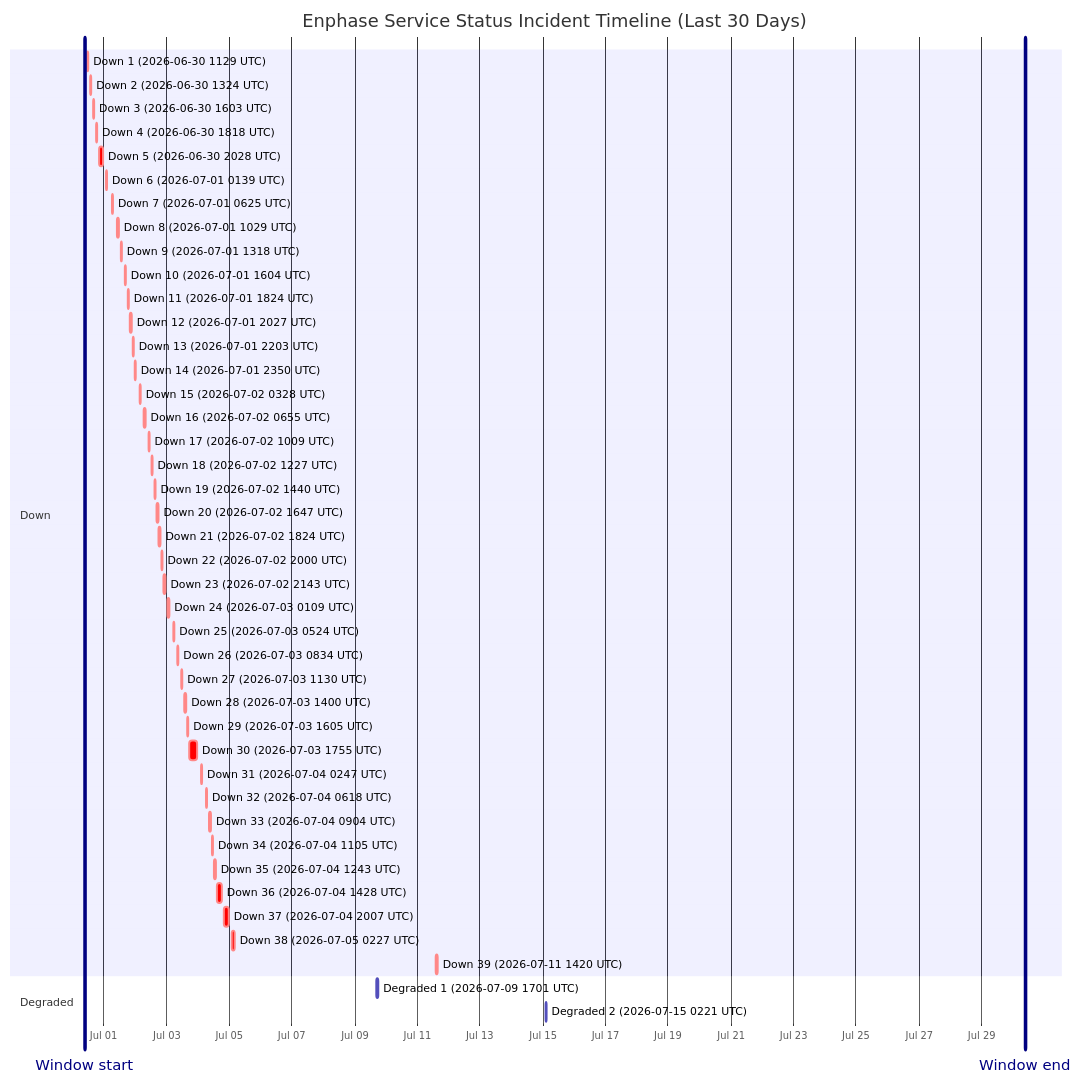
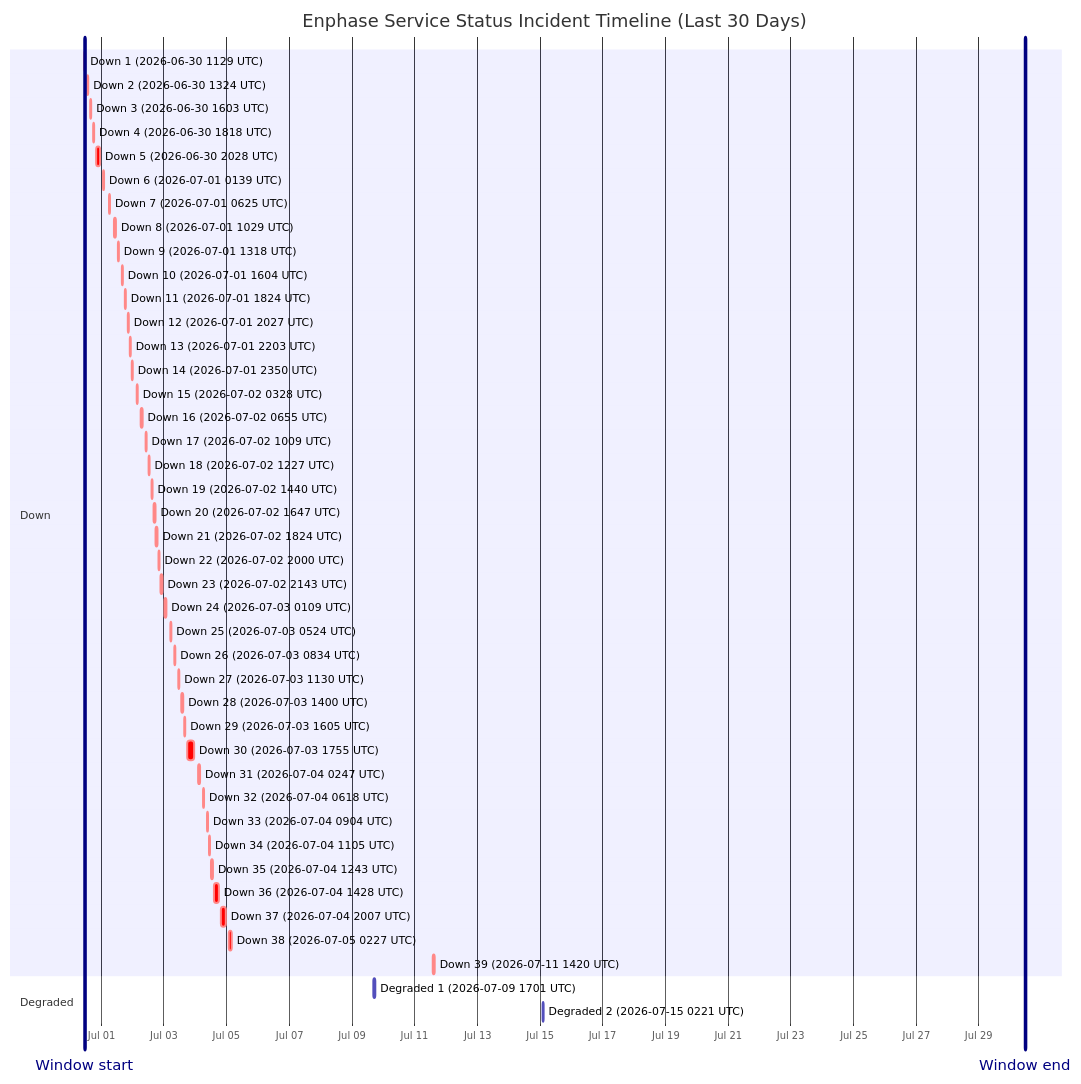
The diagram in wiki/Service-Status-History.md (barneyonline/ha-enphase-energy), drawn with Mermaid before and after one commit. The commit also changed other lines of this file and 3 other files, not shown here.

````diff
--- a/wiki/Service-Status-History.md
+++ b/wiki/Service-Status-History.md
@@ -14,51 +14,51 @@
 ```mermaid
 gantt
     title Enphase Service Status Incident Timeline (Last 30 Days)
     dateFormat  YYYY-MM-DDTHH:mm:ss
     axisFormat  %b %d
-    Window start :vert, window-start, 2026-06-30T09:13:27, 0ms
-    Window end :vert, window-end, 2026-07-30T09:13:27, 0ms
+    Window start :vert, window-start, 2026-06-30T11:28:09, 0ms
+    Window end :vert, window-end, 2026-07-30T11:28:09, 0ms
     section Down
     Down 1 (2026-06-30 1129 UTC) :crit, down-1, 2026-06-30T11:29:15, 60m
     Down 2 (2026-06-30 1324 UTC) :crit, down-2, 2026-06-30T13:24:25, 60m
     Down 3 (2026-06-30 1603 UTC) :crit, down-3, 2026-06-30T16:03:26, 60m
     Down 4 (2026-06-30 1818 UTC) :crit, down-4, 2026-06-30T18:18:39, 60m
     Down 5 (2026-06-30 2028 UTC) :crit, down-5, 2026-06-30T20:28:54, 171m
     Down 6 (2026-07-01 0139 UTC) :crit, down-6, 2026-07-01T01:39:18, 60m
     Down 7 (2026-07-01 0625 UTC) :crit, down-7, 2026-07-01T06:25:35, 60m
     Down 8 (2026-07-01 1029 UTC) :crit, down-8, 2026-07-01T10:29:24, 60m
     Down 9 (2026-07-01 1318 UTC) :crit, down-9, 2026-07-01T13:18:31, 60m
     Down 10 (2026-07-01 1604 UTC) :crit, down-10, 2026-07-01T16:04:29, 60m
     Down 11 (2026-07-01 1824 UTC) :crit, down-11, 2026-07-01T18:24:21, 60m
     Down 12 (2026-07-01 2027 UTC) :crit, down-12, 2026-07-01T20:27:17, 60m
     Down 13 (2026-07-01 2203 UTC) :crit, down-13, 2026-07-01T22:03:46, 60m
     Down 14 (2026-07-01 2350 UTC) :crit, down-14, 2026-07-01T23:50:52, 60m
     Down 15 (2026-07-02 0328 UTC) :crit, down-15, 2026-07-02T03:28:33, 60m
     Down 16 (2026-07-02 0655 UTC) :crit, down-16, 2026-07-02T06:55:07, 60m
     Down 17 (2026-07-02 1009 UTC) :crit, down-17, 2026-07-02T10:09:15, 60m
     Down 18 (2026-07-02 1227 UTC) :crit, down-18, 2026-07-02T12:27:49, 60m
     Down 19 (2026-07-02 1440 UTC) :crit, down-19, 2026-07-02T14:40:53, 60m
     Down 20 (2026-07-02 1647 UTC) :crit, down-20, 2026-07-02T16:47:47, 60m
     Down 21 (2026-07-02 1824 UTC) :crit, down-21, 2026-07-02T18:24:26, 60m
     Down 22 (2026-07-02 2000 UTC) :crit, down-22, 2026-07-02T20:00:57, 60m
     Down 23 (2026-07-02 2143 UTC) :crit, down-23, 2026-07-02T21:43:52, 80m
     Down 24 (2026-07-03 0109 UTC) :crit, down-24, 2026-07-03T01:09:19, 60m
     Down 25 (2026-07-03 0524 UTC) :crit, down-25, 2026-07-03T05:24:23, 60m
     Down 26 (2026-07-03 0834 UTC) :crit, down-26, 2026-07-03T08:34:05, 60m
     Down 27 (2026-07-03 1130 UTC) :crit, down-27, 2026-07-03T11:30:41, 60m
     Down 28 (2026-07-03 1400 UTC) :crit, down-28, 2026-07-03T14:00:48, 60m
     Down 29 (2026-07-03 1605 UTC) :crit, down-29, 2026-07-03T16:05:49, 60m
     Down 30 (2026-07-03 1755 UTC) :crit, down-30, 2026-07-03T17:55:54, 338m
     Down 31 (2026-07-04 0247 UTC) :crit, down-31, 2026-07-04T02:47:22, 60m
     Down 32 (2026-07-04 0618 UTC) :crit, down-32, 2026-07-04T06:18:09, 60m
     Down 33 (2026-07-04 0904 UTC) :crit, down-33, 2026-07-04T09:04:41, 60m
     Down 34 (2026-07-04 1105 UTC) :crit, down-34, 2026-07-04T11:05:21, 60m
     Down 35 (2026-07-04 1243 UTC) :crit, down-35, 2026-07-04T12:43:25, 60m
     Down 36 (2026-07-04 1428 UTC) :crit, down-36, 2026-07-04T14:28:07, 243m
     Down 37 (2026-07-04 2007 UTC) :crit, down-37, 2026-07-04T20:07:50, 206m
     Down 38 (2026-07-05 0227 UTC) :crit, down-38, 2026-07-05T02:27:32, 109m
     Down 39 (2026-07-11 1420 UTC) :crit, down-39, 2026-07-11T14:20:54, 69m
     section Degraded
     Degraded 1 (2026-07-09 1701 UTC) :active, degraded-1, 2026-07-09T17:01:02, 60m
     Degraded 2 (2026-07-15 0221 UTC) :active, degraded-2, 2026-07-15T02:21:35, 60m
 ```
````
